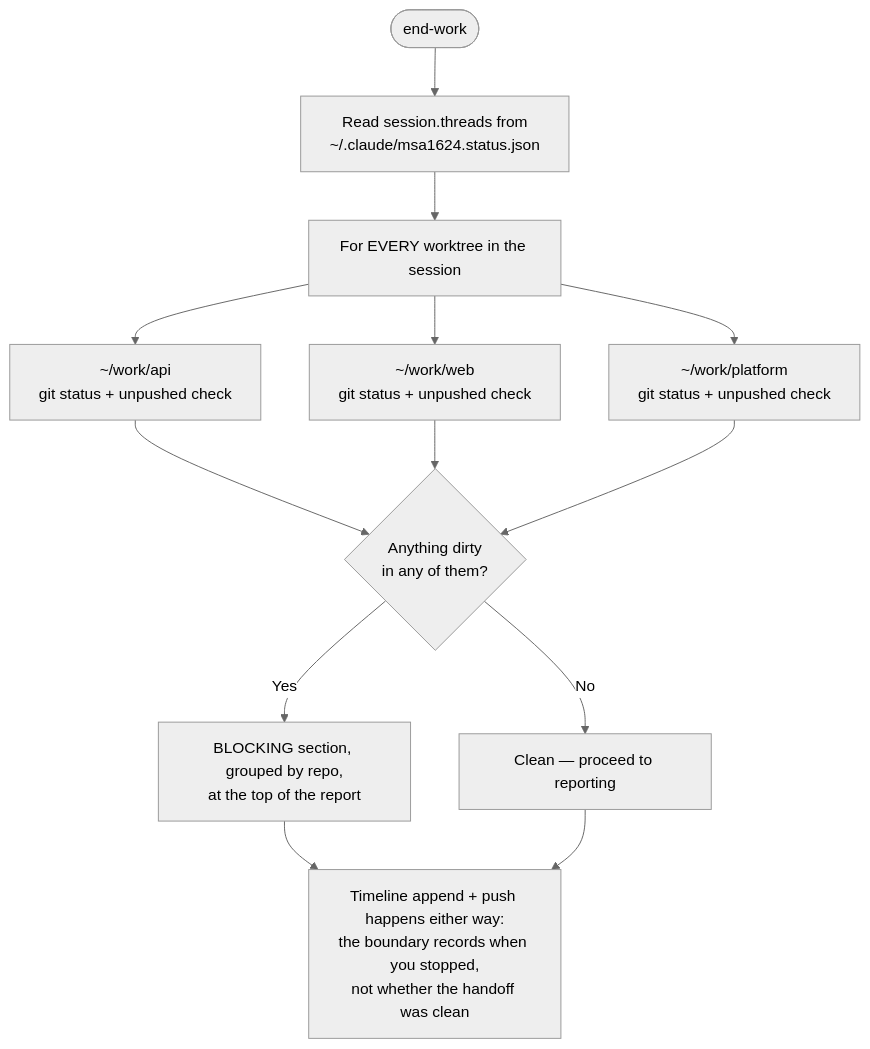
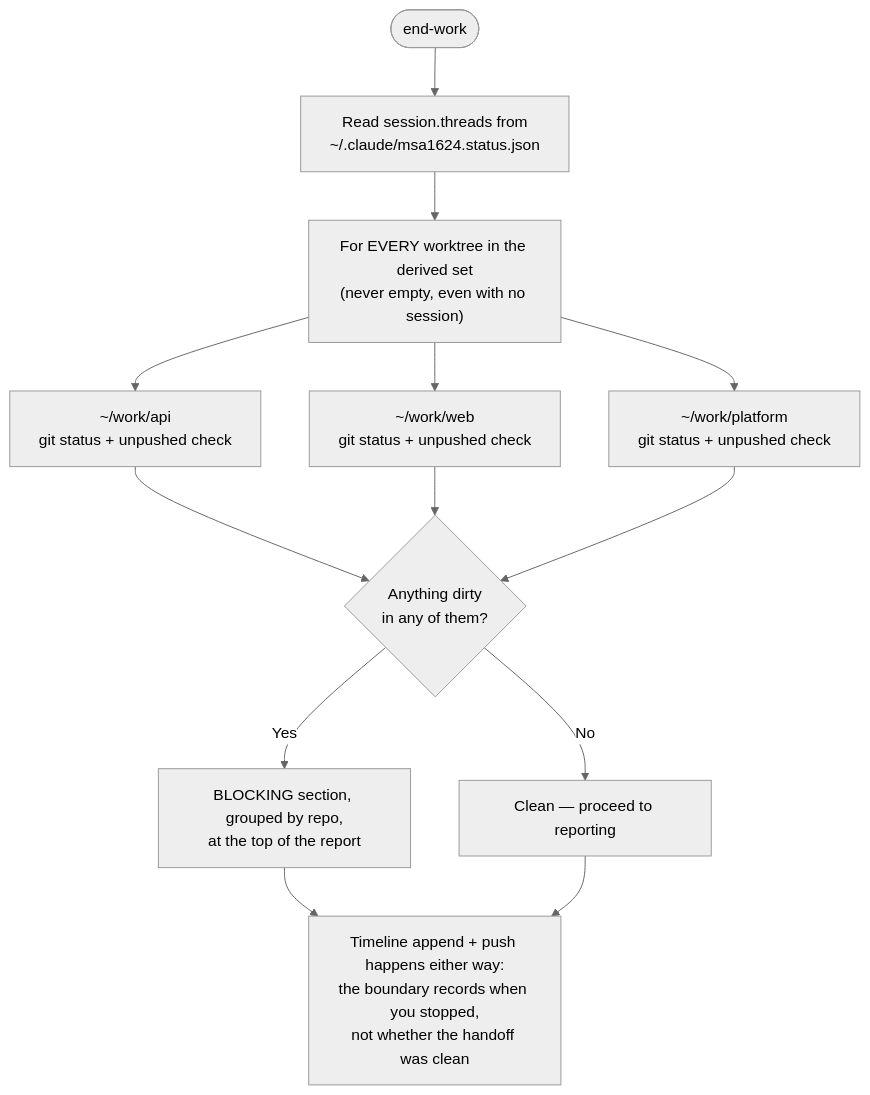
The eighth of 8 diagrams in docs/target-workflow.md (alimohammed1624/skills), drawn with Mermaid (neutral theme) before and after one commit. The commit also changed other lines of this file and 11 other files, not shown here.

````diff
--- a/docs/target-workflow.md
+++ b/docs/target-workflow.md
@@ -670,15 +754,15 @@
 ```mermaid
 flowchart TD
     EW([end-work]) --> LOAD["Read session.threads from<br/>~/.claude/msa1624.status.json"]
-    LOAD --> LOOP["For EVERY worktree in the session"]
+    LOAD --> LOOP["For EVERY worktree in the derived set<br/>(never empty, even with no session)"]
     LOOP --> A["~/work/api<br/>git status + unpushed check"]
     LOOP --> B["~/work/web<br/>git status + unpushed check"]
     LOOP --> C["~/work/platform<br/>git status + unpushed check"]
     A --> AGG{Anything dirty<br/>in any of them?}
     B --> AGG
     C --> AGG
     AGG -->|Yes| BLOCK["BLOCKING section, grouped by repo,<br/>at the top of the report"]
     AGG -->|No| OK["Clean — proceed to reporting"]
     BLOCK --> REST["Timeline append + push happens either way:<br/>the boundary records when you stopped,<br/>not whether the handoff was clean"]
     OK --> REST
 ```
````
